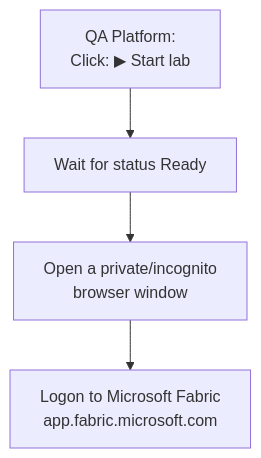
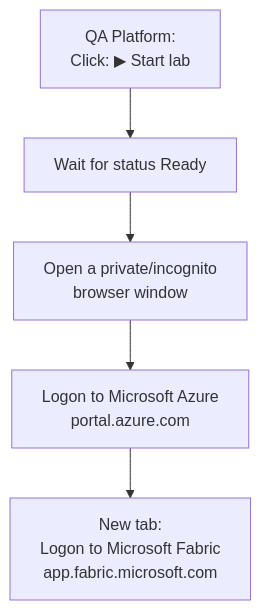
Before and after one commit to qaalabs/DE5M3: the diagram in docs/labs/run-locally.md, drawn with Mermaid. The commit also changed other lines of this file and 7 other files, not shown here.

````diff
--- a/docs/labs/run-locally.md
+++ b/docs/labs/run-locally.md
@@ -3,9 +3,10 @@
 ```mermaid
 flowchart TD
     S["QA Platform:<br/>Click: ▶ Start lab"]
     A["Wait for status Ready"]
     B["Open a private/incognito<br/>browser window"]
-    C["Logon to Microsoft Fabric<br/>app.fabric.microsoft.com"]
+    C["Logon to Microsoft Azure<br/>portal.azure.com"]
+    D["New tab:<br/>Logon to Microsoft Fabric<br/>app.fabric.microsoft.com"]
 
-    S --> A --> B --> C
+    S --> A --> B --> C --> D
 ```
````
